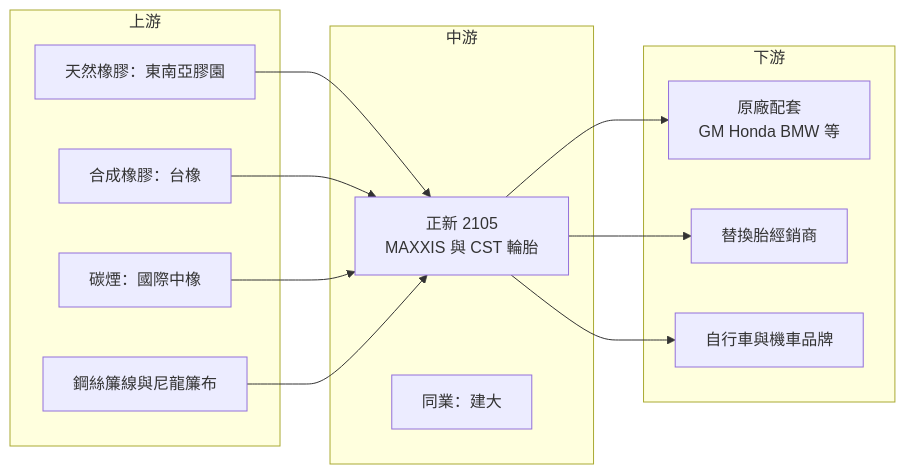
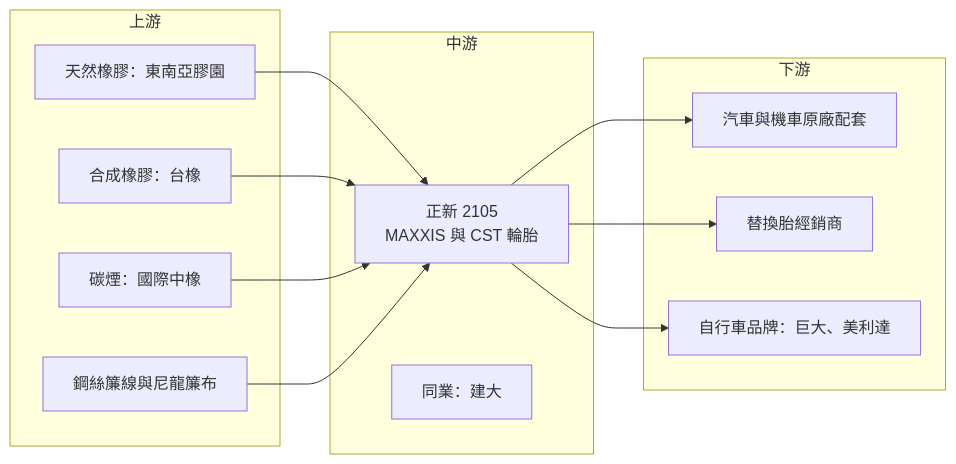
Before and after one commit to wangnick1004/taiwan-stock-vault: the fourth of 4 diagrams in 個股/台股/2105正新.md, drawn with Mermaid. The commit also changed other lines of this file and 16 other files, not shown here.

````diff
--- a/個股/台股/2105正新.md
+++ b/個股/台股/2105正新.md
@@ -206,25 +215,25 @@
 ```mermaid
 flowchart LR
     subgraph 上游
-        A1[天然橡膠：東南亞膠園]
-        A2[合成橡膠：台橡]
-        A3[碳煙：國際中橡]
-        A4[鋼絲簾線與尼龍簾布]
+        A1["天然橡膠：東南亞膠園"]
+        A2["合成橡膠：台橡"]
+        A3["碳煙：國際中橡"]
+        A4["鋼絲簾線與尼龍簾布"]
     end
     subgraph 中游
         B["正新 2105<br/>MAXXIS 與 CST 輪胎"]
-        B2[同業：建大]
+        B2["同業：建大"]
     end
     subgraph 下游
-        C1["原廠配套<br/>GM Honda BMW 等"]
-        C2[替換胎經銷商]
-        C3[自行車與機車品牌]
+        C1["汽車與機車原廠配套"]
+        C2["替換胎經銷商"]
+        C3["自行車品牌：巨大、美利達"]
     end
     A1 --> B
     A2 --> B
     A3 --> B
     A4 --> B
     B --> C1
     B --> C2
     B --> C3
 ```
````
